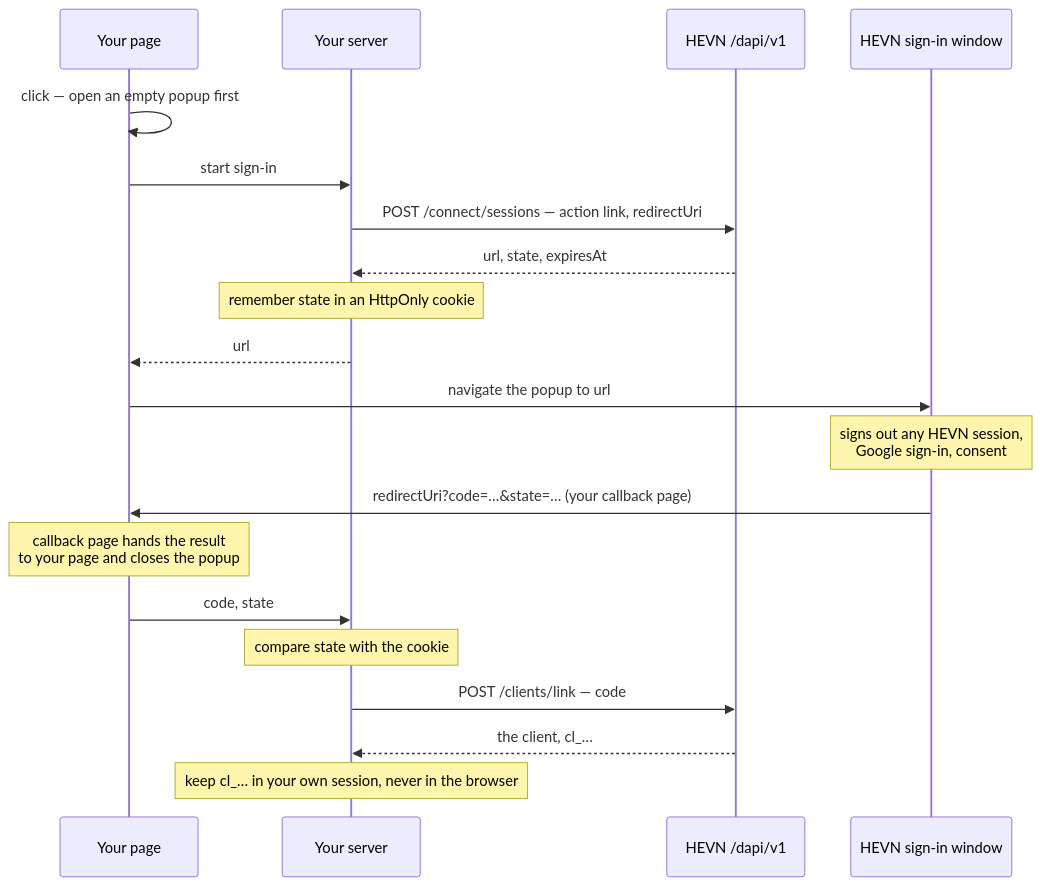
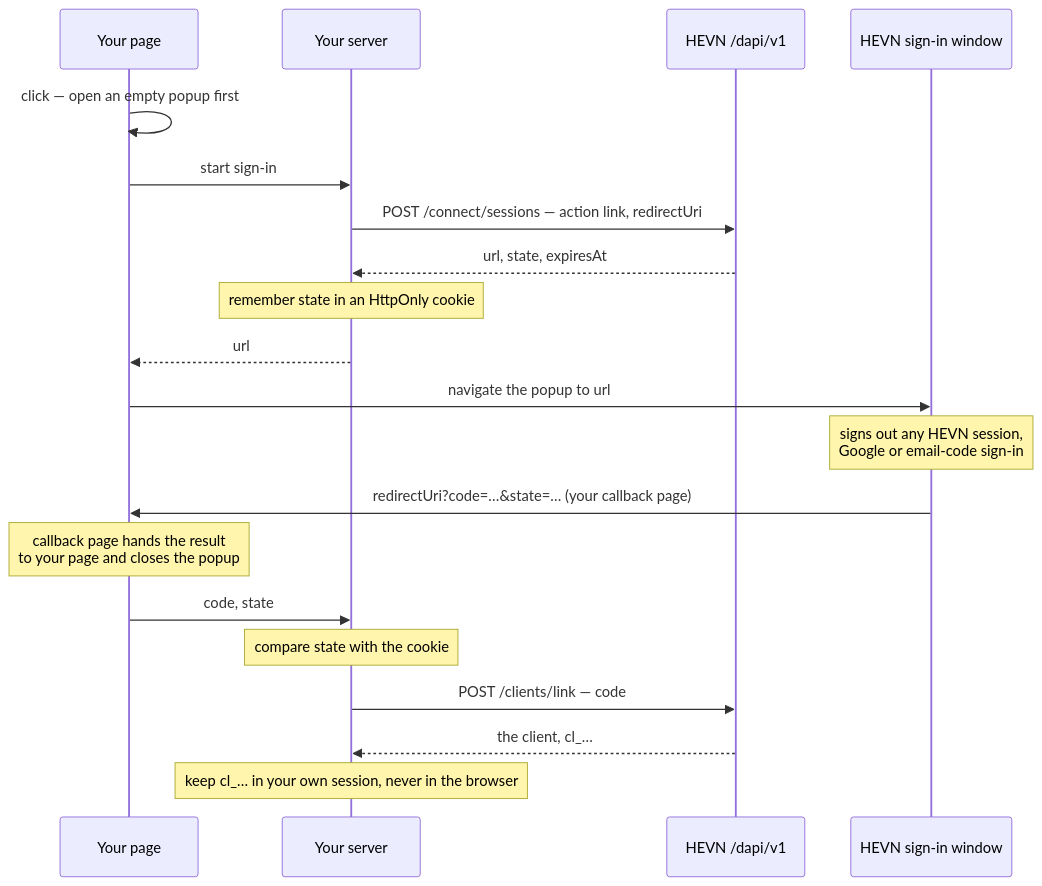
Before and after one commit to hevn-inc/docs: the diagram in whitelabel/sign-in-with-hevn.mdx, drawn with Mermaid. The commit also changed other lines of this file and 19 other files, not shown here.

````diff
--- a/whitelabel/sign-in-with-hevn.mdx
+++ b/whitelabel/sign-in-with-hevn.mdx
@@ -8,22 +8,22 @@
 ```mermaid
 sequenceDiagram
     participant B as Your page
     participant S as Your server
     participant H as HEVN /dapi/v1
     participant W as HEVN sign-in window
     B->>B: click — open an empty popup first
     B->>S: start sign-in
     S->>H: POST /connect/sessions — action link, redirectUri
     H-->>S: url, state, expiresAt
     Note over S: remember state in an HttpOnly cookie
     S-->>B: url
     B->>W: navigate the popup to url
-    Note over W: signs out any HEVN session,<br/>Google sign-in, consent
+    Note over W: signs out any HEVN session,<br/>Google or email-code sign-in
     W->>B: redirectUri?code=…&state=… (your callback page)
     Note over B: callback page hands the result<br/>to your page and closes the popup
     B->>S: code, state
     Note over S: compare state with the cookie
     S->>H: POST /clients/link — code
     H-->>S: the client, cl_…
     Note over S: keep cl_… in your own session, never in the browser
 ```
````
